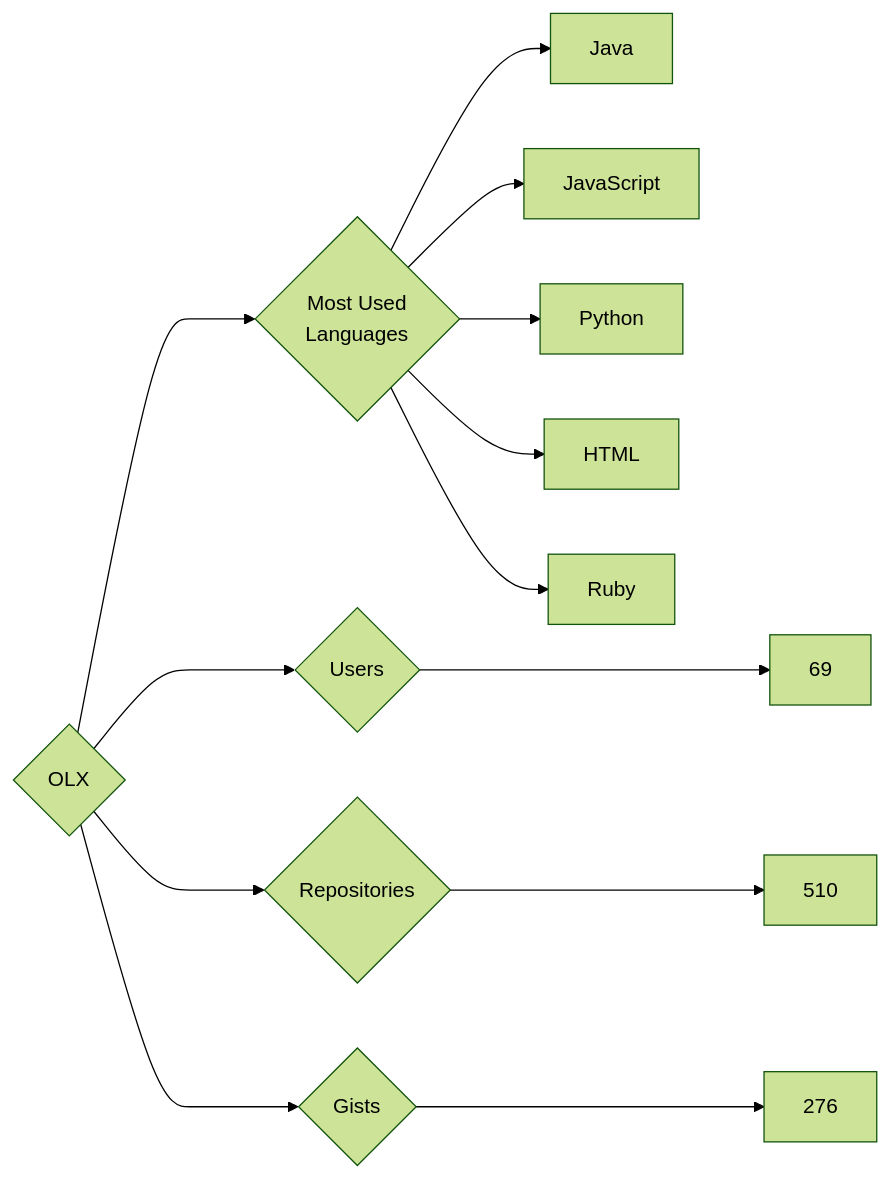
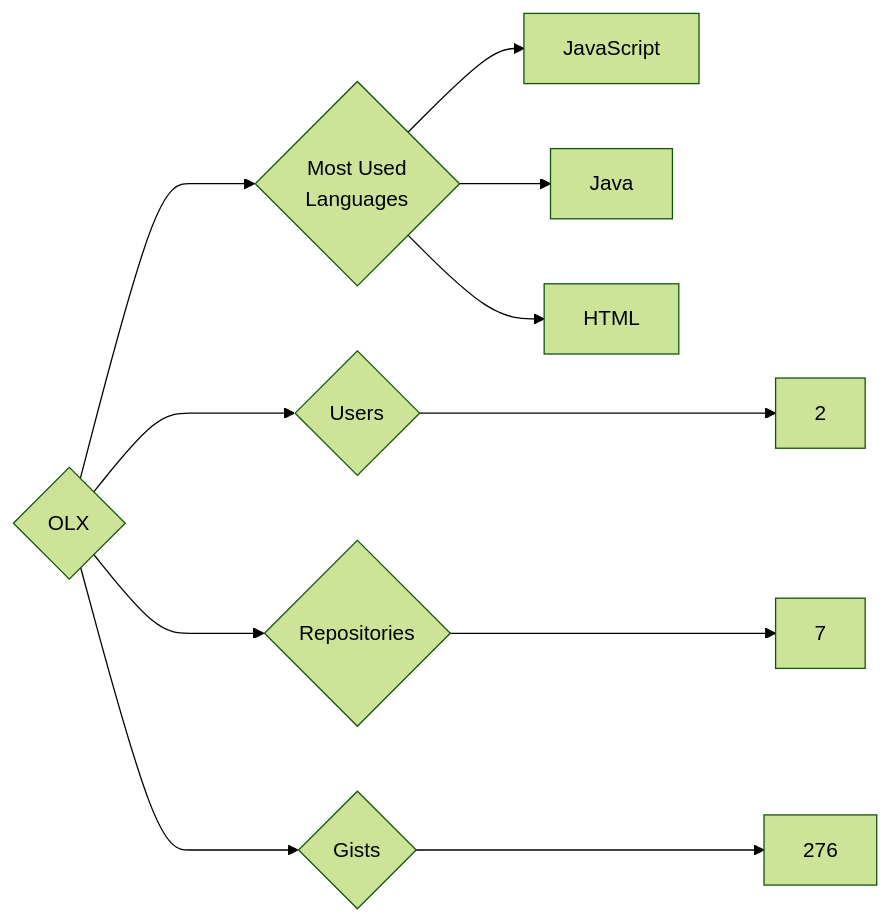
The diagram in targets/OLX/README.md (trickest/insiders), drawn with Mermaid (forest theme) before and after one commit. The commit also changed 773 other files, not shown here.

````diff
--- a/targets/OLX/README.md
+++ b/targets/OLX/README.md
@@ -3,13 +3,11 @@
 ```mermaid
 graph LR
 COMPANY_NAME{OLX}
-COMPANY_NAME ---> U{Users} ---> UN[69]
-COMPANY_NAME ---> R{Repositories} ---> RN[510]
+COMPANY_NAME ---> U{Users} ---> UN[2]
+COMPANY_NAME ---> R{Repositories} ---> RN[7]
 COMPANY_NAME ---> G{Gists} ---> GN[276]
 COMPANY_NAME ---> ML{Most Used<br>Languages}
+ML --> JavaScript[JavaScript]
 ML --> Java[Java]
-ML --> JavaScript[JavaScript]
-ML --> Python[Python]
 ML --> HTML[HTML]
-ML --> Ruby[Ruby]
 ```
````
